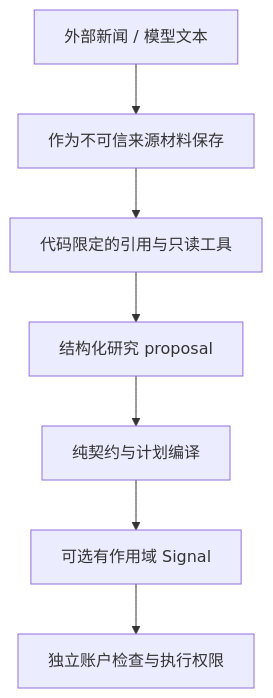
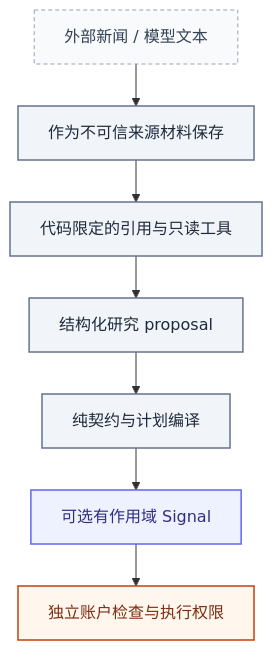
Before and after one commit to AnalyThothAI/tracefold: the diagram in docs/SECURITY.md, drawn with Mermaid. The commit also changed other lines of this file and 19 other files, not shown here.

Commit message:
docs: unify Chinese handbook design and architecture diagrams

````diff
--- a/docs/SECURITY.md
+++ b/docs/SECURITY.md
@@ -32,9 +49,29 @@
 ```mermaid
+---
+config:
+  fontFamily: "system-ui, Noto Sans CJK SC, Microsoft YaHei, WenQuanYi Zen Hei, sans-serif"
+  flowchart:
+    curve: linear
+    nodeSpacing: 28
+    rankSpacing: 42
+---
 flowchart TD
+    accTitle: 研究与账户权限边界
+    accDescr: 不可信来源只能成为证据，受限工具与纯编译器形成可选 Signal。账户检查与执行权限仍属于独立 Runtime。
     Source["外部新闻 / 模型文本"] --> Evidence["作为不可信来源材料保存"]
     Evidence --> Tools["代码限定的引用与只读工具"]
     Tools --> Proposal["结构化研究 proposal"]
     Proposal --> Compiler["纯契约与计划编译"]
     Compiler --> Signal["可选有作用域 Signal"]
     Signal --> Runtime["独立账户检查与执行权限"]
+
+    classDef news fill:#ecfdf5,stroke:#0f766e,color:#134e4a,stroke-width:1.5px
+    classDef research fill:#eef2ff,stroke:#6366f1,color:#312e81,stroke-width:1.5px
+    classDef execution fill:#fff7ed,stroke:#c2410c,color:#7c2d12,stroke-width:1.5px
+    classDef store fill:#f1f5f9,stroke:#64748b,color:#1e293b,stroke-width:1.5px
+    classDef external fill:#f8fafc,stroke:#94a3b8,color:#334155,stroke-dasharray:4 3
+class Source external;
+class Evidence,Tools,Proposal,Compiler store;
+class Signal research;
+class Runtime execution;
 ```
````
